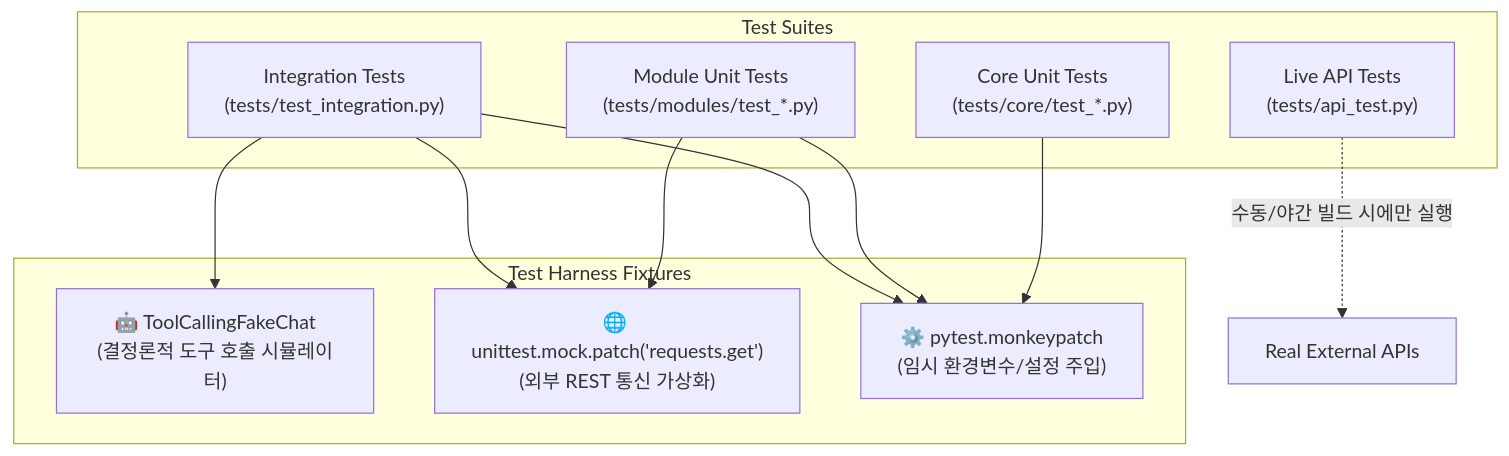
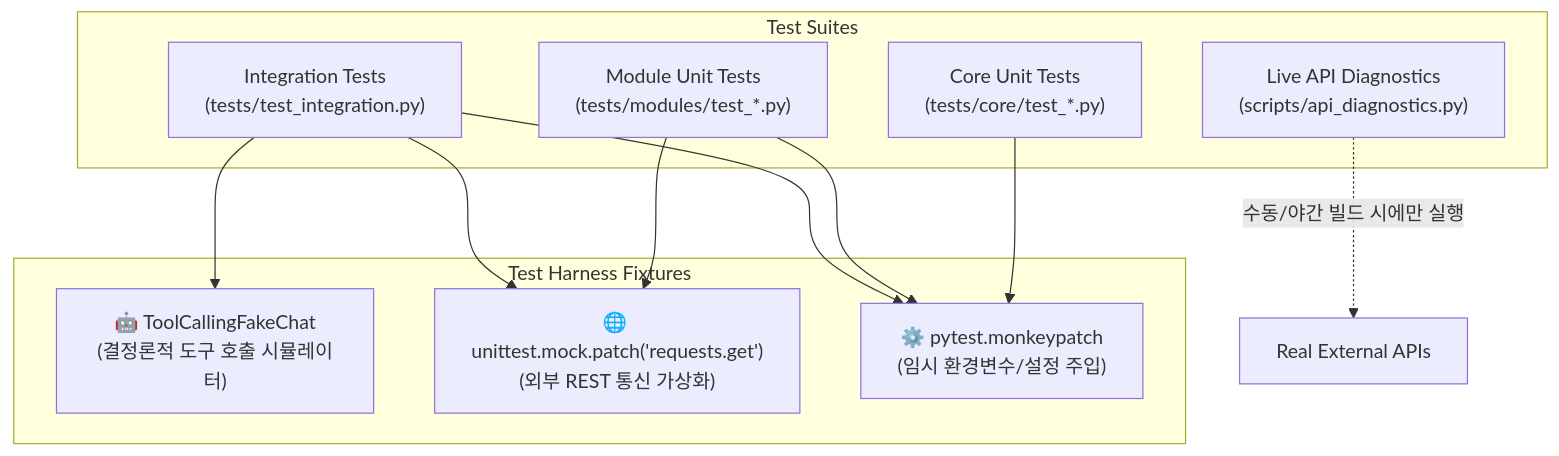
Before and after one commit to skala-chok/chok: the diagram in handoff/04_testing_harness.md, drawn with Mermaid. The commit also changed other lines of this file and 18 other files, not shown here.

````diff
--- a/handoff/04_testing_harness.md
+++ b/handoff/04_testing_harness.md
@@ -20,20 +20,20 @@
 ```mermaid
 graph TD
     subgraph Test Suites
         UT_Core["Core Unit Tests<br>(tests/core/test_*.py)"]
         UT_Mod["Module Unit Tests<br>(tests/modules/test_*.py)"]
         IT["Integration Tests<br>(tests/test_integration.py)"]
-        Live["Live API Tests<br>(tests/api_test.py)"]
+        Live["Live API Diagnostics<br>(scripts/api_diagnostics.py)"]
     end
 
     subgraph Test Harness Fixtures
         FakeLLM["🤖 ToolCallingFakeChat<br>(결정론적 도구 호출 시뮬레이터)"]
         MockHTTP["🌐 unittest.mock.patch('requests.get')<br>(외부 REST 통신 가상화)"]
         MonkeyPatch["⚙️ pytest.monkeypatch<br>(임시 환경변수/설정 주입)"]
     end
 
     UT_Core --> MonkeyPatch
     UT_Mod --> MockHTTP & MonkeyPatch
     IT --> FakeLLM & MockHTTP & MonkeyPatch
     Live -.->|"수동/야간 빌드 시에만 실행"| RealAPI["Real External APIs"]
 ```
````
